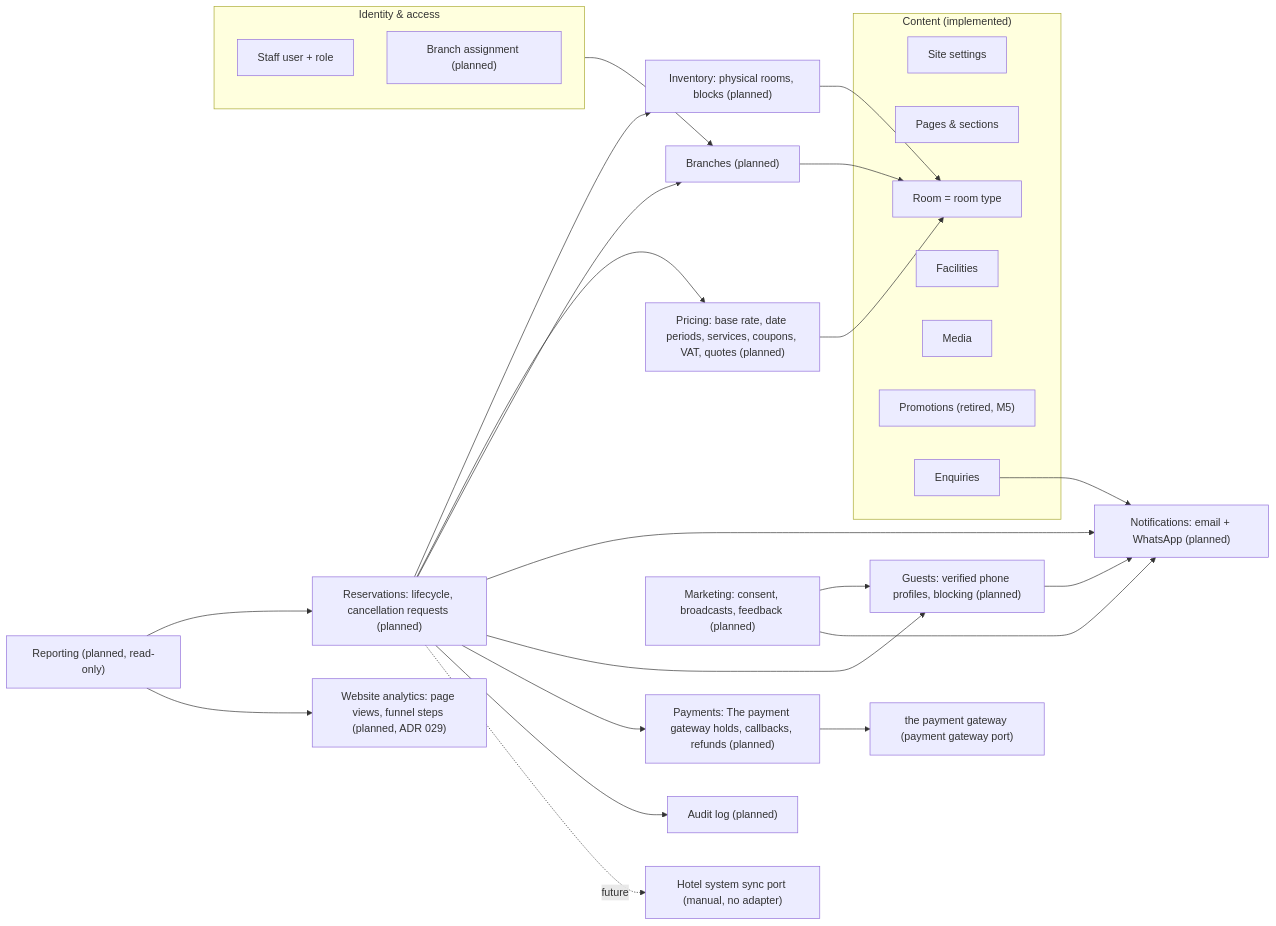
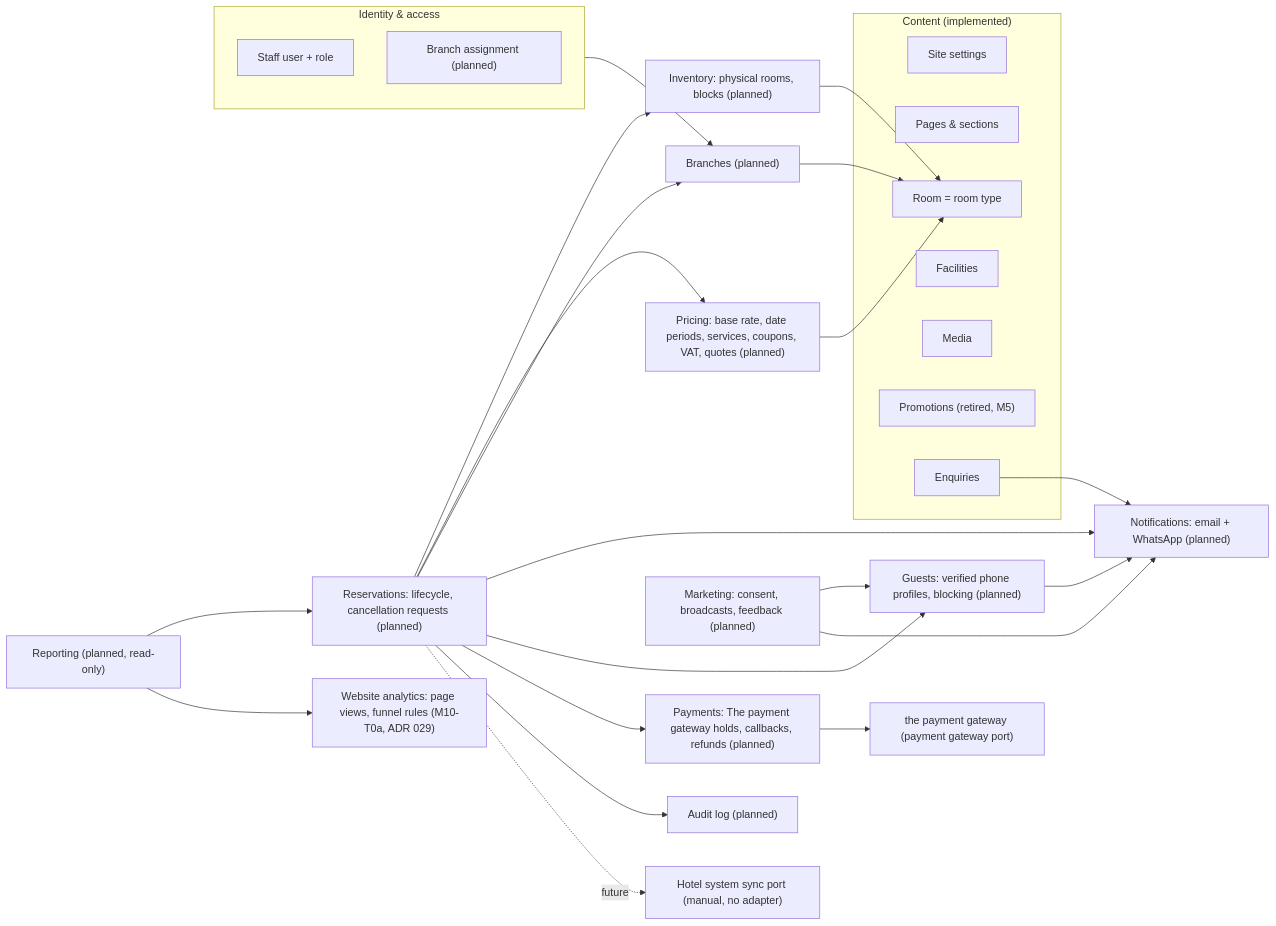
Before and after one commit to mohamedmosilhy/Rivana-Residence: the first of 2 diagrams in docs/domain/domain-model.md, drawn with Mermaid. The commit also changed other lines of this file and 51 other files, not shown here.

````diff
--- a/docs/domain/domain-model.md
+++ b/docs/domain/domain-model.md
@@ -9,49 +9,49 @@
 ```mermaid
 flowchart LR
   subgraph Content["Content (implemented)"]
     Settings["Site settings"]
     Pages["Pages & sections"]
     Room["Room = room type"]
     Facilities
     Media
     Promotions["Promotions (retired, M5)"]
     Enquiries
   end
   subgraph IAM["Identity & access"]
     Staff["Staff user + role"]
     Assign["Branch assignment (planned)"]
   end
   Branches["Branches (planned)"]
   Inventory["Inventory: physical rooms, blocks (planned)"]
   Pricing["Pricing: base rate, date periods, services, coupons, VAT, quotes (planned)"]
   Reservations["Reservations: lifecycle, cancellation requests (planned)"]
   Payments["Payments: The payment gateway holds, callbacks, refunds (planned)"]
   Marketing["Marketing: consent, broadcasts, feedback (planned)"]
   Reporting["Reporting (planned, read-only)"]
-  Analytics["Website analytics: page views, funnel steps (planned, ADR 029)"]
+  Analytics["Website analytics: page views, funnel rules (M10-T0a, ADR 029)"]
   Audit["Audit log (planned)"]
   Guests["Guests: verified phone profiles, blocking (planned)"]
   Notify["Notifications: email + WhatsApp (planned)"]
   PSP["the payment gateway (payment gateway port)"]
   Payments --> PSP
   PMS["Hotel system sync port (manual, no adapter)"]
 
   Branches --> Room
   Inventory --> Room
   Pricing --> Room
   Reservations --> Inventory
   Reservations --> Pricing
   Reservations --> Branches
   Reservations --> Notify
   Reservations --> Guests
   Reservations --> Payments
   Marketing --> Guests
   Marketing --> Notify
   Guests --> Notify
   Enquiries --> Notify
   Reservations --> Audit
   Reporting --> Reservations
   Reporting --> Analytics
   Reservations -. future .-> PMS
   IAM --> Branches
 ```
````
